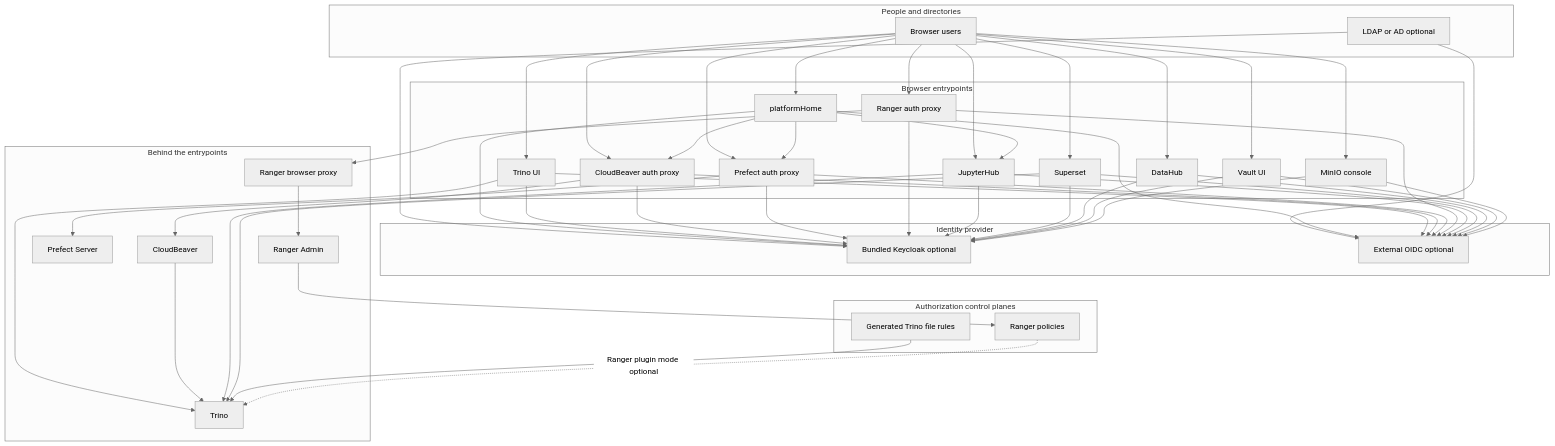
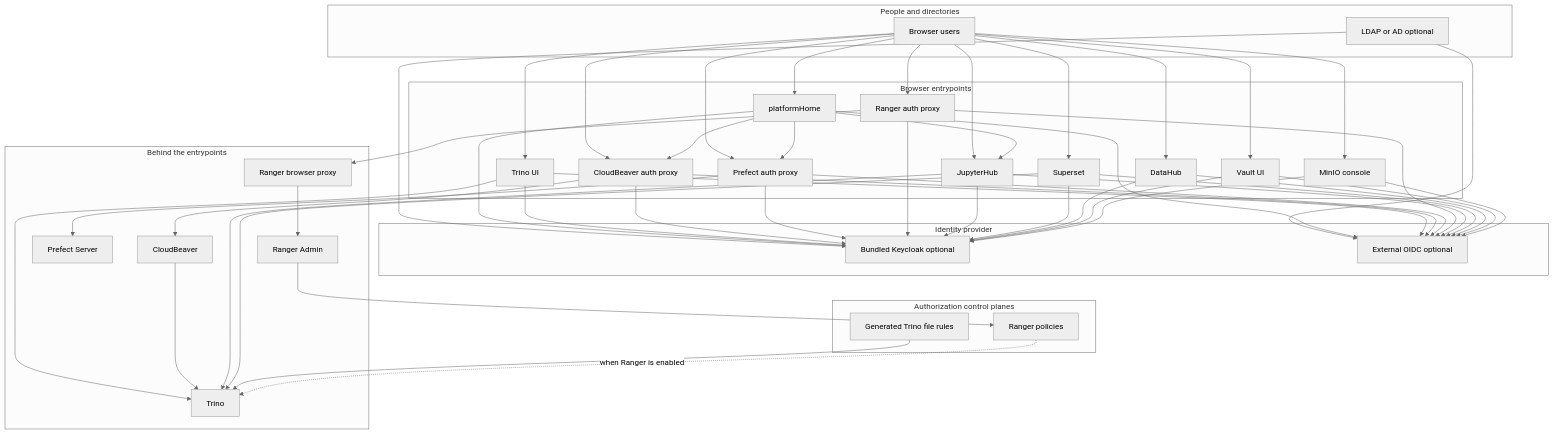
The fourth of 7 diagrams in docs/umbrella-chart-manual.md (sanger-pathogens/dlh-in-a-box-umbrella-helm-chart), drawn with Mermaid (neutral theme) before and after one commit. The commit also changed other lines of this file and 13 other files, not shown here.

````diff
--- a/docs/umbrella-chart-manual.md
+++ b/docs/umbrella-chart-manual.md
@@ -802,5 +802,5 @@
 
   RangerAdmin --> RangerPolicies
   GeneratedRules --> Trino
-  RangerPolicies -. Ranger plugin mode optional .-> Trino
+  RangerPolicies -. when Ranger is enabled .-> Trino
 ```
````
